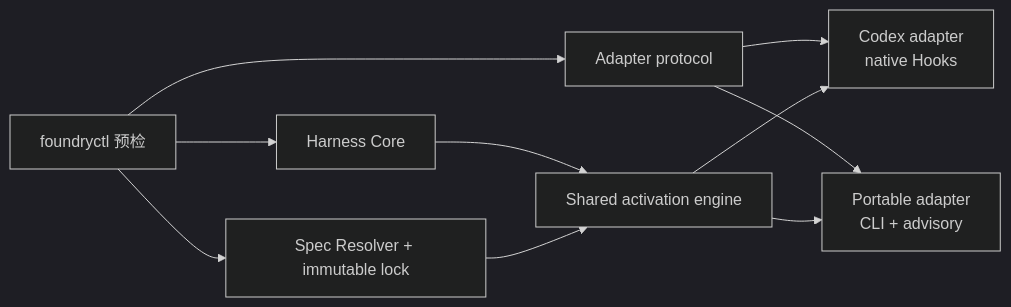
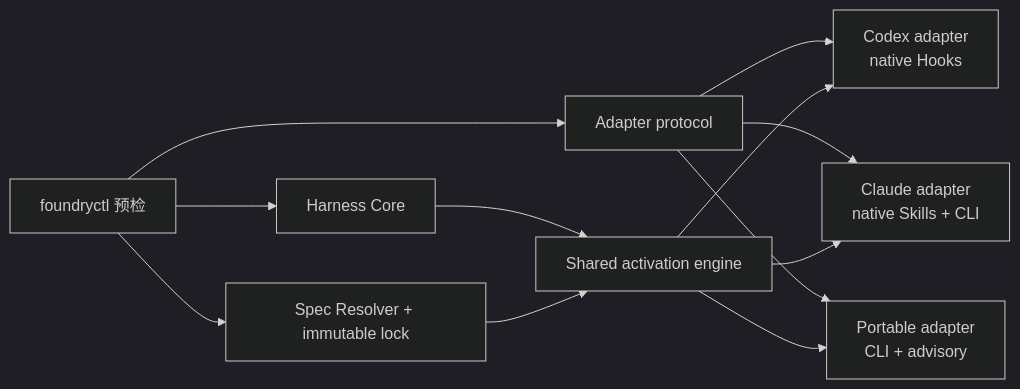
Before and after one commit to XiaoWeiKIN/RepoFoundryAI: the first of 2 diagrams in references/bootstrap.md, drawn with Mermaid (dark theme). The commit also changed other lines of this file and 23 other files, not shown here.

````diff
--- a/references/bootstrap.md
+++ b/references/bootstrap.md
@@ -10,12 +10,14 @@
 ```mermaid
 flowchart LR
     P["foundryctl 预检"] --> C["Harness Core"]
     P --> S["Spec Resolver + immutable lock"]
     P --> A["Adapter protocol"]
     C --> E["Shared activation engine"]
     A --> X["Codex adapter<br/>native Hooks"]
+    A --> D["Claude adapter<br/>native Skills + CLI"]
     A --> M["Portable adapter<br/>CLI + advisory"]
     S --> E
     E --> X
+    E --> D
     E --> M
 ```
````
